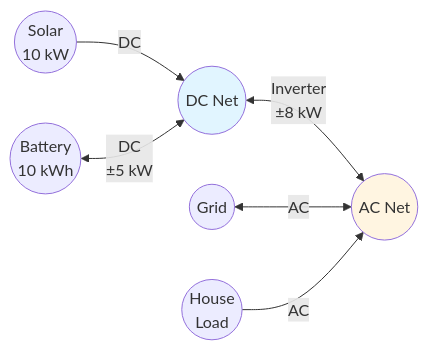
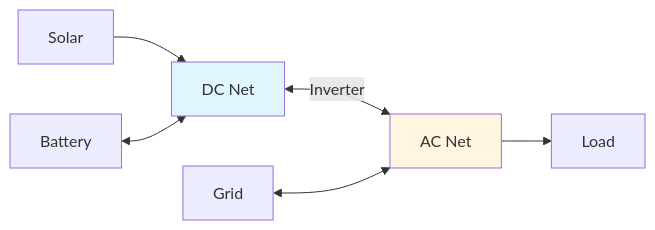
One commit to hass-energy/haeo changed the second of 2 diagrams in docs/modeling/power-balance.md. Above: the diagram before and after it, drawn with Mermaid. The commit also changed other lines of this file and 8 other files, not shown here.

````diff
--- a/docs/modeling/power-balance.md
+++ b/docs/modeling/power-balance.md
@@ -207,13 +61,11 @@
 ```mermaid
 graph LR
-    Solar((Solar<br/>10 kW)) -->|DC| DC_Net((DC Net))
-    Battery((Battery<br/>10 kWh)) <-->|DC<br/>±5 kW| DC_Net
-
-    DC_Net <-->|Inverter<br/>±8 kW| AC_Net((AC Net))
-
-    Grid((Grid)) <-->|AC| AC_Net
-    Load((House<br/>Load)) -->|AC| AC_Net
-
-    style DC_Net fill:#E1F5FF
-    style AC_Net fill:#FFF5E1
+    Solar-->DC[DC Net]
+    Battery<-->DC
+    DC<-->|Inverter|AC[AC Net]
+    Grid<-->AC
+    AC-->Load
+    
+    style DC fill:#E1F5FF
+    style AC fill:#FFF5E1
 ```
````
